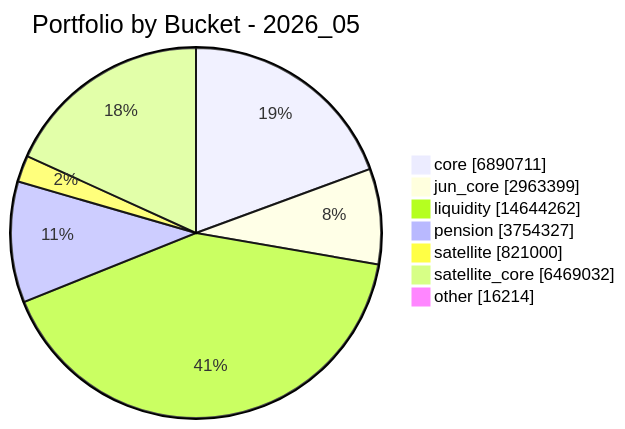
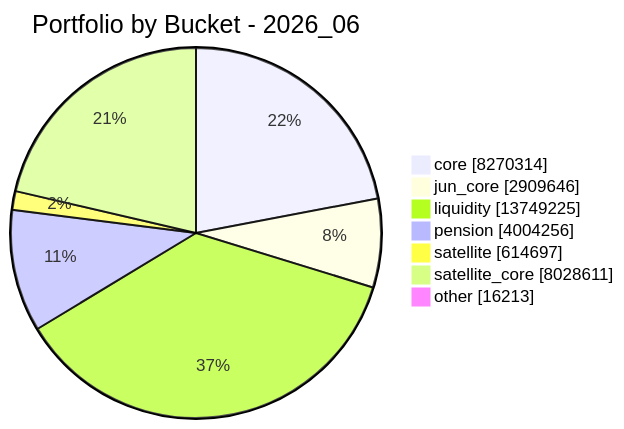
The diagram in README.md (tpyosh/dip-buy-engine), drawn with Mermaid before and after one commit. The commit also changed other lines of this file and 23 other files, not shown here.

````diff
--- a/README.md
+++ b/README.md
@@ -201,11 +209,11 @@
 ```mermaid
 pie showData
-    title Portfolio by Bucket - 2026_05
-    "core" : 6890711
-    "jun_core" : 2963399
-    "liquidity" : 14644262
-    "pension" : 3754327
-    "satellite" : 821000
-    "satellite_core" : 6469032
-    "other" : 16214
+    title Portfolio by Bucket - 2026_06
+    "core" : 8270314
+    "jun_core" : 2909646
+    "liquidity" : 13749225
+    "pension" : 4004256
+    "satellite" : 614697
+    "satellite_core" : 8028611
+    "other" : 16213
 ```
````
